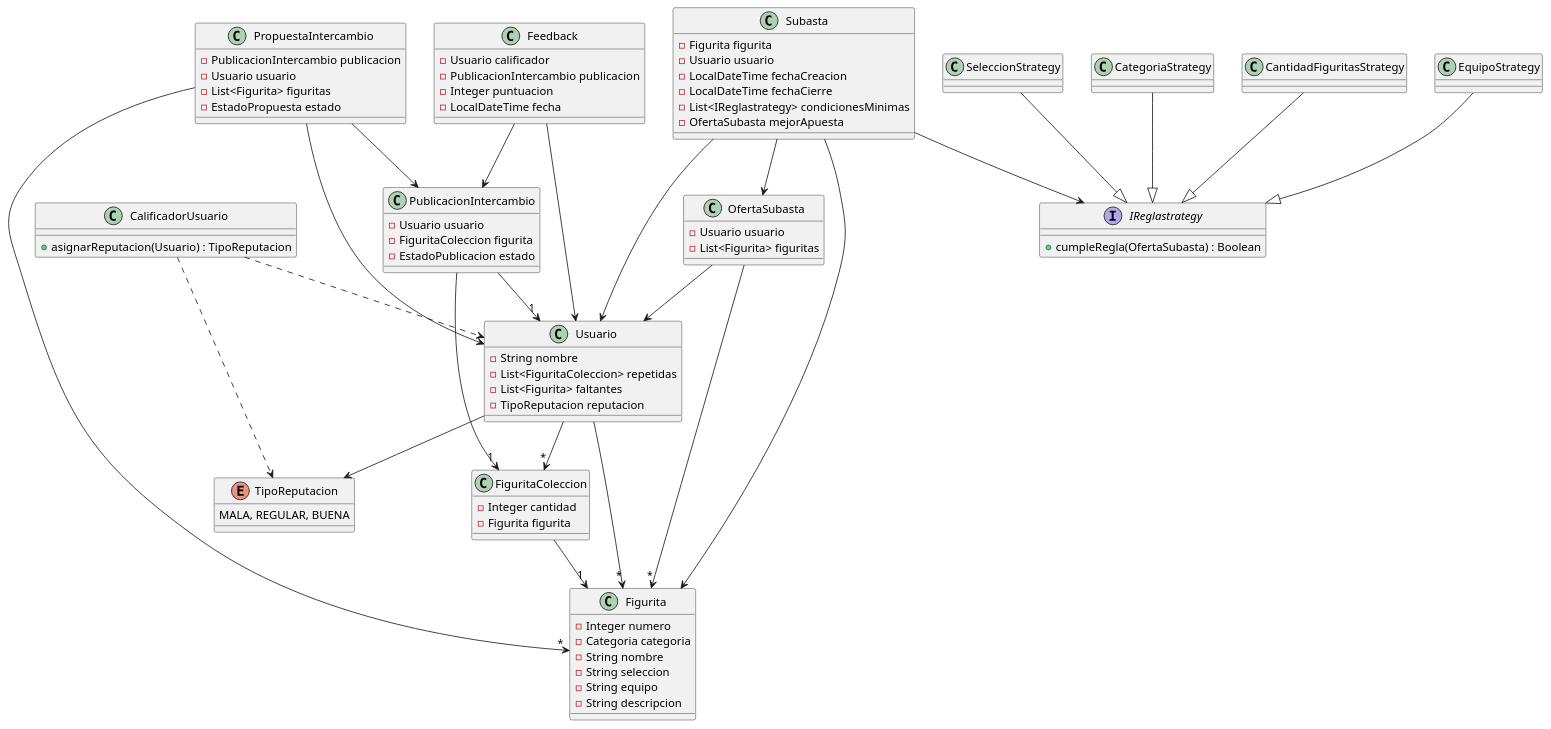
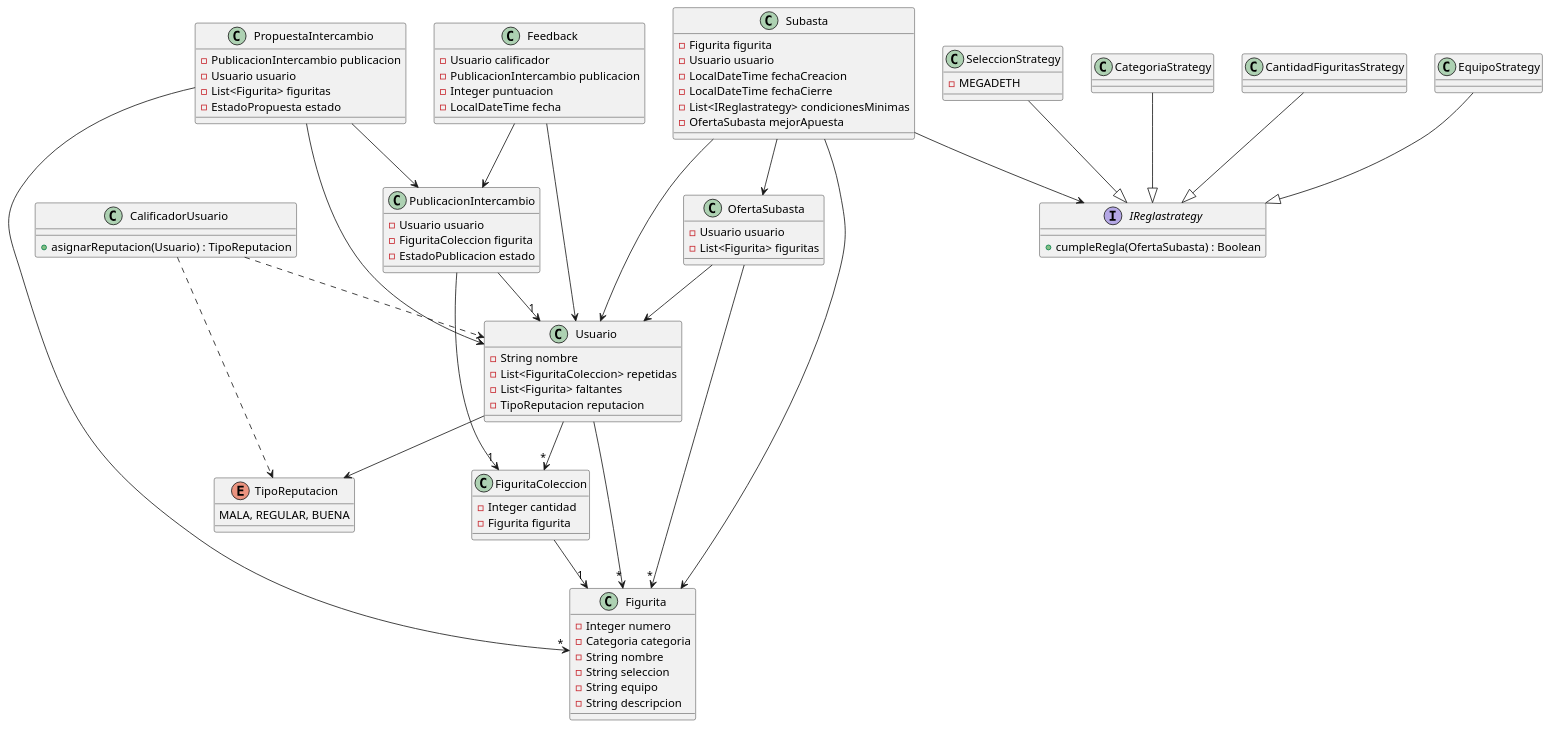
One commit to Leo-de-Riv3r/tp1c2026 changed the diagram in backend/dc.puml. Above: the diagram before and after it, drawn with PlantUML.

Commit message:
test multiarch action run

```diff
--- a/backend/dc.puml
+++ b/backend/dc.puml
@@ -1,110 +1,110 @@
 @startuml
 'https://plantuml.com/class-diagram
 
 Usuario  --> "*" FiguritaColeccion
 FiguritaColeccion --> "1" Figurita
 Usuario --> "*" Figurita
 PublicacionIntercambio --> "1" Usuario
 PublicacionIntercambio --> "1" FiguritaColeccion
 PropuestaIntercambio --> PublicacionIntercambio
 PropuestaIntercambio --> Usuario
 PropuestaIntercambio --> "*" Figurita
 Subasta --> Figurita
 Subasta --> Usuario
 Subasta --> IReglastrategy
 Subasta --> OfertaSubasta
 OfertaSubasta --> Usuario
 OfertaSubasta --> "*" Figurita
 Feedback --> Usuario
 Feedback --> PublicacionIntercambio
 CalificadorUsuario ..> Usuario
 CalificadorUsuario ..> TipoReputacion
 Usuario --> TipoReputacion
 SeleccionStrategy --|> IReglastrategy
 CategoriaStrategy --|> IReglastrategy
 CantidadFiguritasStrategy --|> IReglastrategy
 EquipoStrategy --|> IReglastrategy
 
 class Figurita{
   - Integer numero
   - Categoria categoria
   - String nombre
   - String seleccion
   - String equipo
   - String descripcion
 }
 
 class FiguritaColeccion {
   - Integer cantidad
   - Figurita figurita
 }
 
 class OfertaSubasta {
   - Usuario usuario
   - List<Figurita> figuritas
 }
 
 class PropuestaIntercambio {
   - PublicacionIntercambio publicacion
   - Usuario usuario
   - List<Figurita> figuritas
   - EstadoPropuesta estado
 }
 
 class PublicacionIntercambio {
   - Usuario usuario
   - FiguritaColeccion figurita
   - EstadoPublicacion estado
 }
 
 class Subasta {
   - Figurita figurita
   - Usuario usuario
   - LocalDateTime fechaCreacion
   - LocalDateTime fechaCierre
   - List<IReglastrategy> condicionesMinimas
   - OfertaSubasta mejorApuesta
 }
 
 class Usuario {
   - String nombre
   - List<FiguritaColeccion> repetidas
   - List<Figurita> faltantes
   - TipoReputacion reputacion
 }
 
 class Feedback {
   - Usuario calificador
   - PublicacionIntercambio publicacion
   - Integer puntuacion
   - LocalDateTime fecha
 }
 
 
  ' Clase que sera llamada en cronjob¡
 class CalificadorUsuario{
 ' obtendra calificacion segun el promedio de las ultimas x calificaciones
   + asignarReputacion(Usuario) : TipoReputacion
 }
 
 enum TipoReputacion {
   MALA, REGULAR, BUENA
 }
 
 interface IReglastrategy{
   + cumpleRegla(OfertaSubasta) : Boolean
 }
 
 class CantidadFiguritasStrategy {
 }
 
 class CategoriaStrategy {
 }
 
 class EquipoStrategy {
 }
 
 class SeleccionStrategy{
-
+- MEGADETH
 }
 @enduml
```
